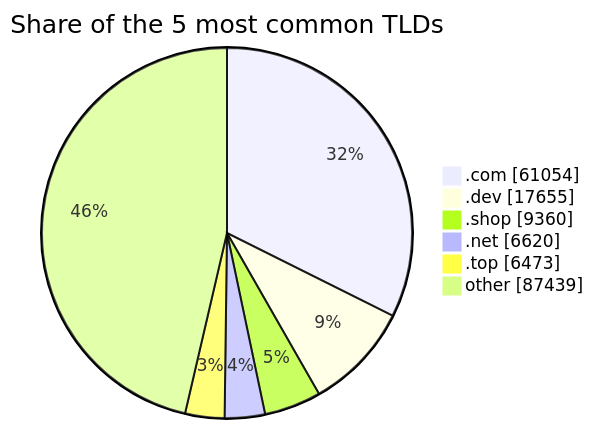
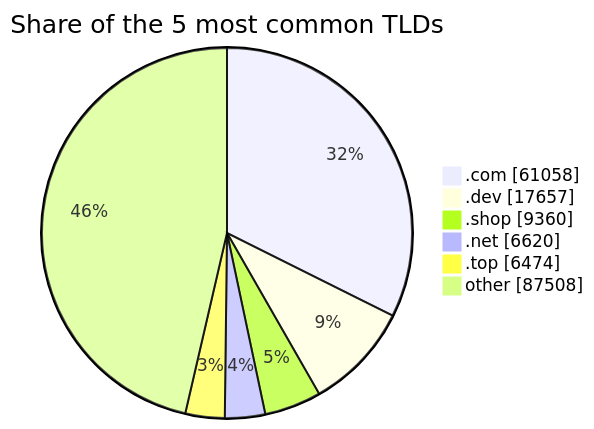
One commit to DNSBunker/CTI changed the third of 3 diagrams in README.md. Above: the diagram before and after it, drawn with Mermaid. The commit also changed other lines of this file and 3 other files, not shown here.

````diff
--- a/README.md
+++ b/README.md
@@ -81,9 +81,9 @@
 ```mermaid
 pie showData title Share of the 5 most common TLDs
-    ".com" : 61054
-    ".dev" : 17655
+    ".com" : 61058
+    ".dev" : 17657
     ".shop" : 9360
     ".net" : 6620
-    ".top" : 6473
-    "other" : 87439
+    ".top" : 6474
+    "other" : 87508
 ```
````
